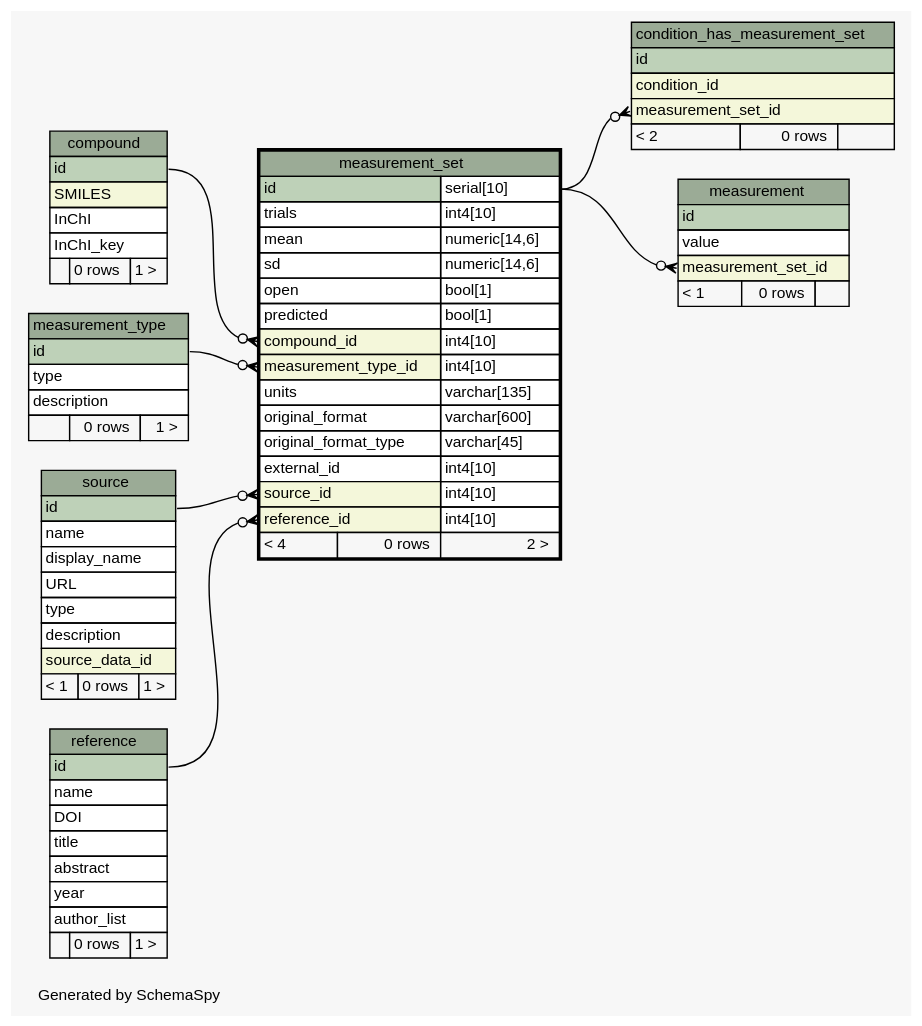
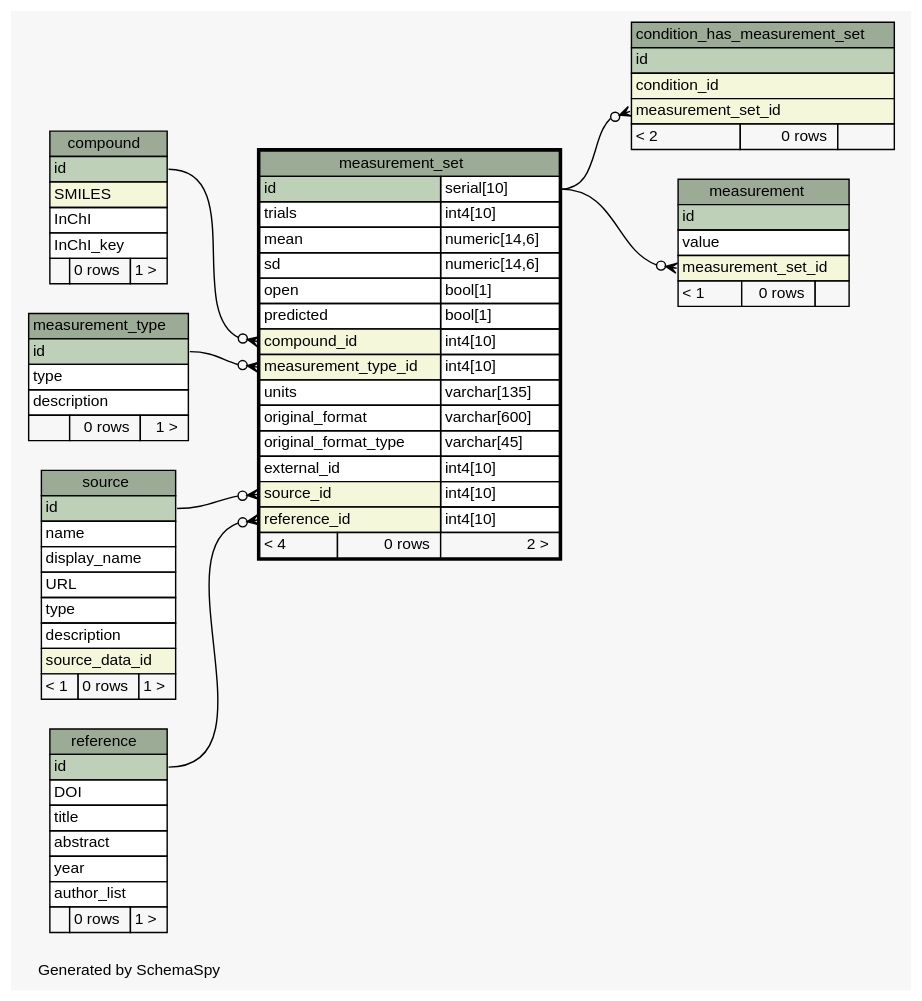
One commit to dsmurrell/smmpdb changed the diagram in schemaspy/output/diagrams/measurement_set.1degree.dot. Above: the diagram before and after it, drawn with Graphviz. The commit also changed 88 other files, not shown here.

```diff
--- a/schemaspy/output/diagrams/measurement_set.1degree.dot
+++ b/schemaspy/output/diagrams/measurement_set.1degree.dot
@@ -1,132 +1,131 @@
 // dot 2.30.1 on Mac OS X 10.7.5
 // SchemaSpy rev 590
 digraph "oneDegreeRelationshipsDiagram" {
   graph [
     rankdir="RL"
     bgcolor="#f7f7f7"
     label="\nGenerated by SchemaSpy"
     labeljust="l"
     nodesep="0.18"
     ranksep="0.46"
     fontname="Helvetica"
     fontsize="11"
   ];
   node [
     fontname="Helvetica"
     fontsize="11"
     shape="plaintext"
   ];
   edge [
     arrowsize="0.8"
   ];
   "condition_has_measurement_set":"measurement_set_id":w -> "measurement_set":"id.type":e [arrowhead=none dir=back arrowtail=crowodot];
   "measurement":"measurement_set_id":w -> "measurement_set":"id.type":e [arrowhead=none dir=back arrowtail=crowodot];
   "measurement_set":"compound_id":w -> "compound":"id":e [arrowhead=none dir=back arrowtail=crowodot];
   "measurement_set":"measurement_type_id":w -> "measurement_type":"id":e [arrowhead=none dir=back arrowtail=crowodot];
   "measurement_set":"reference_id":w -> "reference":"id":e [arrowhead=none dir=back arrowtail=crowodot];
   "measurement_set":"source_id":w -> "source":"id":e [arrowhead=none dir=back arrowtail=crowodot];
   "compound" [
     label=<
     <TABLE BORDER="0" CELLBORDER="1" CELLSPACING="0" BGCOLOR="#ffffff">
       <TR><TD COLSPAN="3" BGCOLOR="#9bab96" ALIGN="CENTER">compound</TD></TR>
       <TR><TD PORT="id" COLSPAN="3" BGCOLOR="#bed1b8" ALIGN="LEFT">id</TD></TR>
       <TR><TD PORT="SMILES" COLSPAN="3" BGCOLOR="#f4f7da" ALIGN="LEFT">SMILES</TD></TR>
       <TR><TD PORT="InChI" COLSPAN="3" ALIGN="LEFT">InChI</TD></TR>
       <TR><TD PORT="InChI_key" COLSPAN="3" ALIGN="LEFT">InChI_key</TD></TR>
       <TR><TD ALIGN="LEFT" BGCOLOR="#f7f7f7">  </TD><TD ALIGN="RIGHT" BGCOLOR="#f7f7f7">0 rows</TD><TD ALIGN="RIGHT" BGCOLOR="#f7f7f7">1 &gt;</TD></TR>
     </TABLE>>
     URL="compound.html"
     tooltip="compound"
   ];
   "condition_has_measurement_set" [
     label=<
     <TABLE BORDER="0" CELLBORDER="1" CELLSPACING="0" BGCOLOR="#ffffff">
       <TR><TD COLSPAN="3" BGCOLOR="#9bab96" ALIGN="CENTER">condition_has_measurement_set</TD></TR>
       <TR><TD PORT="id" COLSPAN="3" BGCOLOR="#bed1b8" ALIGN="LEFT">id</TD></TR>
       <TR><TD PORT="condition_id" COLSPAN="3" BGCOLOR="#f4f7da" ALIGN="LEFT">condition_id</TD></TR>
       <TR><TD PORT="measurement_set_id" COLSPAN="3" BGCOLOR="#f4f7da" ALIGN="LEFT">measurement_set_id</TD></TR>
       <TR><TD ALIGN="LEFT" BGCOLOR="#f7f7f7">&lt; 2</TD><TD ALIGN="RIGHT" BGCOLOR="#f7f7f7">0 rows</TD><TD ALIGN="RIGHT" BGCOLOR="#f7f7f7">  </TD></TR>
     </TABLE>>
     URL="condition_has_measurement_set.html"
     tooltip="condition_has_measurement_set"
   ];
   "measurement" [
     label=<
     <TABLE BORDER="0" CELLBORDER="1" CELLSPACING="0" BGCOLOR="#ffffff">
       <TR><TD COLSPAN="3" BGCOLOR="#9bab96" ALIGN="CENTER">measurement</TD></TR>
       <TR><TD PORT="id" COLSPAN="3" BGCOLOR="#bed1b8" ALIGN="LEFT">id</TD></TR>
       <TR><TD PORT="value" COLSPAN="3" ALIGN="LEFT">value</TD></TR>
       <TR><TD PORT="measurement_set_id" COLSPAN="3" BGCOLOR="#f4f7da" ALIGN="LEFT">measurement_set_id</TD></TR>
       <TR><TD ALIGN="LEFT" BGCOLOR="#f7f7f7">&lt; 1</TD><TD ALIGN="RIGHT" BGCOLOR="#f7f7f7">0 rows</TD><TD ALIGN="RIGHT" BGCOLOR="#f7f7f7">  </TD></TR>
     </TABLE>>
     URL="measurement.html"
     tooltip="measurement"
   ];
   "measurement_set" [
     label=<
     <TABLE BORDER="2" CELLBORDER="1" CELLSPACING="0" BGCOLOR="#ffffff">
       <TR><TD COLSPAN="3" BGCOLOR="#9bab96" ALIGN="CENTER">measurement_set</TD></TR>
       <TR><TD PORT="id" COLSPAN="2" BGCOLOR="#bed1b8" ALIGN="LEFT">id</TD><TD PORT="id.type" ALIGN="LEFT">serial[10]</TD></TR>
       <TR><TD PORT="trials" COLSPAN="2" ALIGN="LEFT">trials</TD><TD PORT="trials.type" ALIGN="LEFT">int4[10]</TD></TR>
       <TR><TD PORT="mean" COLSPAN="2" ALIGN="LEFT">mean</TD><TD PORT="mean.type" ALIGN="LEFT">numeric[14,6]</TD></TR>
       <TR><TD PORT="sd" COLSPAN="2" ALIGN="LEFT">sd</TD><TD PORT="sd.type" ALIGN="LEFT">numeric[14,6]</TD></TR>
       <TR><TD PORT="open" COLSPAN="2" ALIGN="LEFT">open</TD><TD PORT="open.type" ALIGN="LEFT">bool[1]</TD></TR>
       <TR><TD PORT="predicted" COLSPAN="2" ALIGN="LEFT">predicted</TD><TD PORT="predicted.type" ALIGN="LEFT">bool[1]</TD></TR>
       <TR><TD PORT="compound_id" COLSPAN="2" BGCOLOR="#f4f7da" ALIGN="LEFT">compound_id</TD><TD PORT="compound_id.type" ALIGN="LEFT">int4[10]</TD></TR>
       <TR><TD PORT="measurement_type_id" COLSPAN="2" BGCOLOR="#f4f7da" ALIGN="LEFT">measurement_type_id</TD><TD PORT="measurement_type_id.type" ALIGN="LEFT">int4[10]</TD></TR>
       <TR><TD PORT="units" COLSPAN="2" ALIGN="LEFT">units</TD><TD PORT="units.type" ALIGN="LEFT">varchar[135]</TD></TR>
       <TR><TD PORT="original_format" COLSPAN="2" ALIGN="LEFT">original_format</TD><TD PORT="original_format.type" ALIGN="LEFT">varchar[600]</TD></TR>
       <TR><TD PORT="original_format_type" COLSPAN="2" ALIGN="LEFT">original_format_type</TD><TD PORT="original_format_type.type" ALIGN="LEFT">varchar[45]</TD></TR>
       <TR><TD PORT="external_id" COLSPAN="2" ALIGN="LEFT">external_id</TD><TD PORT="external_id.type" ALIGN="LEFT">int4[10]</TD></TR>
       <TR><TD PORT="source_id" COLSPAN="2" BGCOLOR="#f4f7da" ALIGN="LEFT">source_id</TD><TD PORT="source_id.type" ALIGN="LEFT">int4[10]</TD></TR>
       <TR><TD PORT="reference_id" COLSPAN="2" BGCOLOR="#f4f7da" ALIGN="LEFT">reference_id</TD><TD PORT="reference_id.type" ALIGN="LEFT">int4[10]</TD></TR>
       <TR><TD ALIGN="LEFT" BGCOLOR="#f7f7f7">&lt; 4</TD><TD ALIGN="RIGHT" BGCOLOR="#f7f7f7">0 rows</TD><TD ALIGN="RIGHT" BGCOLOR="#f7f7f7">2 &gt;</TD></TR>
     </TABLE>>
     URL="measurement_set.html"
     tooltip="measurement_set"
   ];
   "measurement_type" [
     label=<
     <TABLE BORDER="0" CELLBORDER="1" CELLSPACING="0" BGCOLOR="#ffffff">
       <TR><TD COLSPAN="3" BGCOLOR="#9bab96" ALIGN="CENTER">measurement_type</TD></TR>
       <TR><TD PORT="id" COLSPAN="3" BGCOLOR="#bed1b8" ALIGN="LEFT">id</TD></TR>
       <TR><TD PORT="type" COLSPAN="3" ALIGN="LEFT">type</TD></TR>
       <TR><TD PORT="description" COLSPAN="3" ALIGN="LEFT">description</TD></TR>
       <TR><TD ALIGN="LEFT" BGCOLOR="#f7f7f7">  </TD><TD ALIGN="RIGHT" BGCOLOR="#f7f7f7">0 rows</TD><TD ALIGN="RIGHT" BGCOLOR="#f7f7f7">1 &gt;</TD></TR>
     </TABLE>>
     URL="measurement_type.html"
     tooltip="measurement_type"
   ];
   "reference" [
     label=<
     <TABLE BORDER="0" CELLBORDER="1" CELLSPACING="0" BGCOLOR="#ffffff">
       <TR><TD COLSPAN="3" BGCOLOR="#9bab96" ALIGN="CENTER">reference</TD></TR>
       <TR><TD PORT="id" COLSPAN="3" BGCOLOR="#bed1b8" ALIGN="LEFT">id</TD></TR>
-      <TR><TD PORT="name" COLSPAN="3" ALIGN="LEFT">name</TD></TR>
       <TR><TD PORT="DOI" COLSPAN="3" ALIGN="LEFT">DOI</TD></TR>
       <TR><TD PORT="title" COLSPAN="3" ALIGN="LEFT">title</TD></TR>
       <TR><TD PORT="abstract" COLSPAN="3" ALIGN="LEFT">abstract</TD></TR>
       <TR><TD PORT="year" COLSPAN="3" ALIGN="LEFT">year</TD></TR>
       <TR><TD PORT="author_list" COLSPAN="3" ALIGN="LEFT">author_list</TD></TR>
       <TR><TD ALIGN="LEFT" BGCOLOR="#f7f7f7">  </TD><TD ALIGN="RIGHT" BGCOLOR="#f7f7f7">0 rows</TD><TD ALIGN="RIGHT" BGCOLOR="#f7f7f7">1 &gt;</TD></TR>
     </TABLE>>
     URL="reference.html"
     tooltip="reference"
   ];
   "source" [
     label=<
     <TABLE BORDER="0" CELLBORDER="1" CELLSPACING="0" BGCOLOR="#ffffff">
       <TR><TD COLSPAN="3" BGCOLOR="#9bab96" ALIGN="CENTER">source</TD></TR>
       <TR><TD PORT="id" COLSPAN="3" BGCOLOR="#bed1b8" ALIGN="LEFT">id</TD></TR>
       <TR><TD PORT="name" COLSPAN="3" ALIGN="LEFT">name</TD></TR>
       <TR><TD PORT="display_name" COLSPAN="3" ALIGN="LEFT">display_name</TD></TR>
       <TR><TD PORT="URL" COLSPAN="3" ALIGN="LEFT">URL</TD></TR>
       <TR><TD PORT="type" COLSPAN="3" ALIGN="LEFT">type</TD></TR>
       <TR><TD PORT="description" COLSPAN="3" ALIGN="LEFT">description</TD></TR>
       <TR><TD PORT="source_data_id" COLSPAN="3" BGCOLOR="#f4f7da" ALIGN="LEFT">source_data_id</TD></TR>
       <TR><TD ALIGN="LEFT" BGCOLOR="#f7f7f7">&lt; 1</TD><TD ALIGN="RIGHT" BGCOLOR="#f7f7f7">0 rows</TD><TD ALIGN="RIGHT" BGCOLOR="#f7f7f7">1 &gt;</TD></TR>
     </TABLE>>
     URL="source.html"
     tooltip="source"
   ];
 }
```
